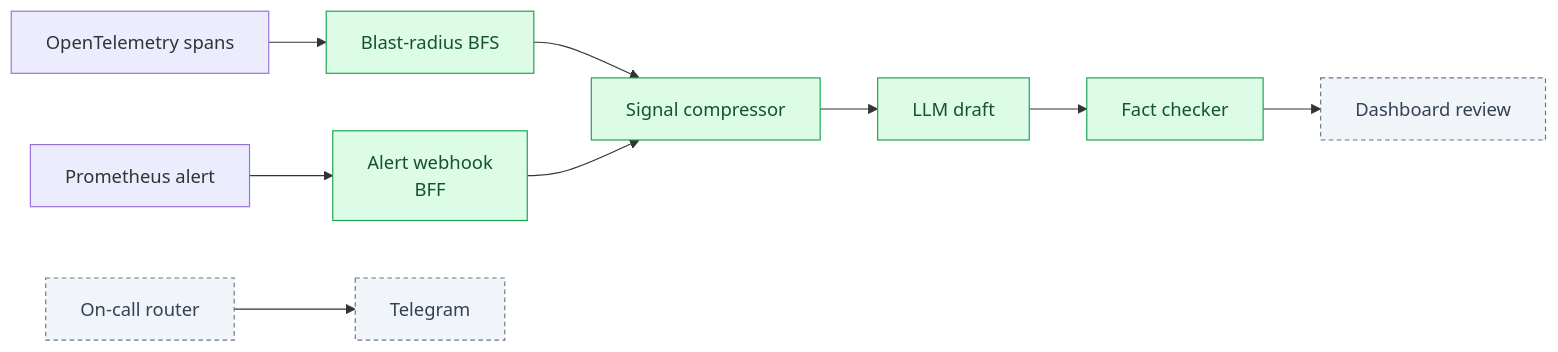
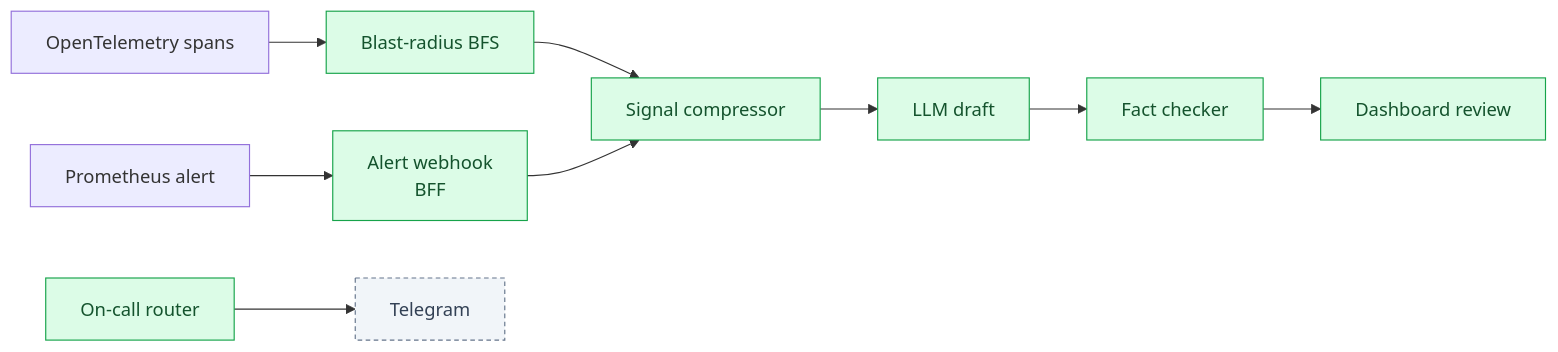
Before and after one commit to SannidhiSriram-06/perimeter: the diagram in README.md, drawn with Mermaid. The commit also changed other lines of this file and 1 other file, not shown here.

````diff
--- a/README.md
+++ b/README.md
@@ -18,16 +18,16 @@
 ```mermaid
 flowchart LR
     Prom[Prometheus alert] --> BFF[Alert webhook<br/>BFF]
     OTel[OpenTelemetry spans] --> Graph[Blast-radius BFS]
     Graph --> Comp[Signal compressor]
     BFF --> Comp
     Comp --> LLM[LLM draft]
     LLM --> Check[Fact checker]
     Check --> Dash[Dashboard review]
     Router[On-call router] --> Tele[Telegram]
 
     classDef built fill:#dcfce7,stroke:#16a34a,color:#14532d
     classDef planned fill:#f1f5f9,stroke:#64748b,stroke-dasharray:4 3,color:#334155
-    class BFF,Graph,Comp,LLM,Check built
-    class Dash,Router,Tele planned
+    class BFF,Graph,Comp,LLM,Check,Dash,Router built
+    class Tele planned
 ```
````
